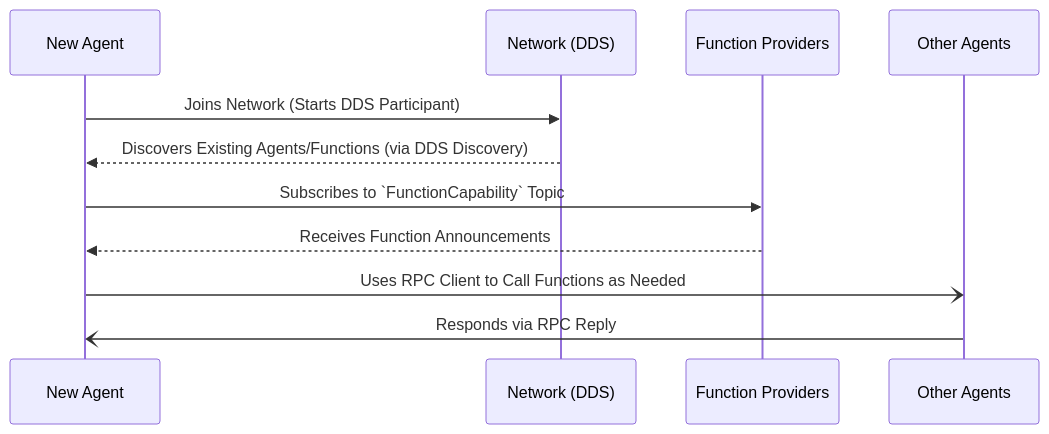
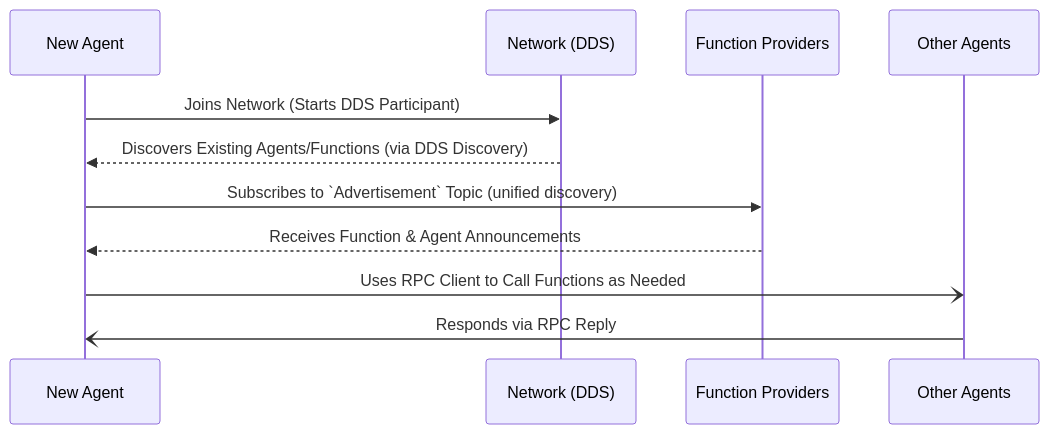
One commit to rticommunity/rti-genesis changed the second of 5 diagrams in README.md. Above: the diagram before and after it, drawn with Mermaid. The commit also changed other lines of this file and 29 other files, not shown here.

First line of the commit message:
Complete DDS topic consolidation to unified Advertisement architecture

````diff
--- a/README.md
+++ b/README.md
@@ -233,14 +233,14 @@
 ```mermaid
 sequenceDiagram
     participant A as New Agent
     participant N as Network (DDS)
     participant F as Function Providers
     participant O as Other Agents
 
     A->>N: Joins Network (Starts DDS Participant)
     N-->>A: Discovers Existing Agents/Functions (via DDS Discovery)
-    A->>F: Subscribes to `FunctionCapability` Topic
-    F-->>A: Receives Function Announcements
+    A->>F: Subscribes to `Advertisement` Topic (unified discovery)
+    F-->>A: Receives Function & Agent Announcements
     A-)O: Uses RPC Client to Call Functions as Needed
     O-)A: Responds via RPC Reply
 ```
````
